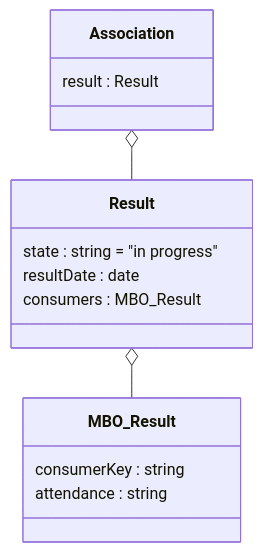
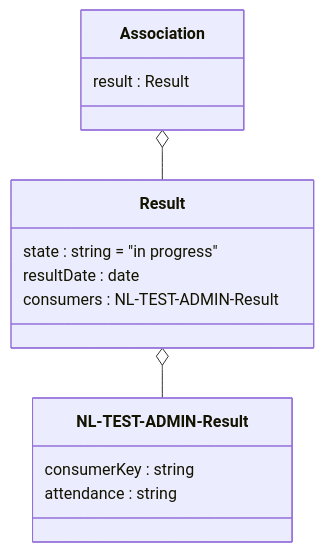
Before and after one commit to NetwerkExamineringDigitalisering/NED-OOAPI: the fourth of 6 diagrams in doc/flow3.md, drawn with Mermaid. The commit also changed other lines of this file and 11 other files, not shown here.

````diff
--- a/doc/flow3.md
+++ b/doc/flow3.md
@@ -132,17 +133,17 @@
 ```mermaid
 classDiagram
     class Association {
 	result : Result
     }
     class Result {
     	state : string = "in progress"
 	resultDate : date
-	consumers : MBO_Result
+	consumers : NL-TEST-ADMIN-Result
     }
-    class MBO_Result {
+    class NL-TEST-ADMIN-Result {
 	consumerKey : string
 	attendance : string
     }
     Association o-- Result
-    Result o-- MBO_Result
+    Result o-- NL-TEST-ADMIN-Result
 ```
````
